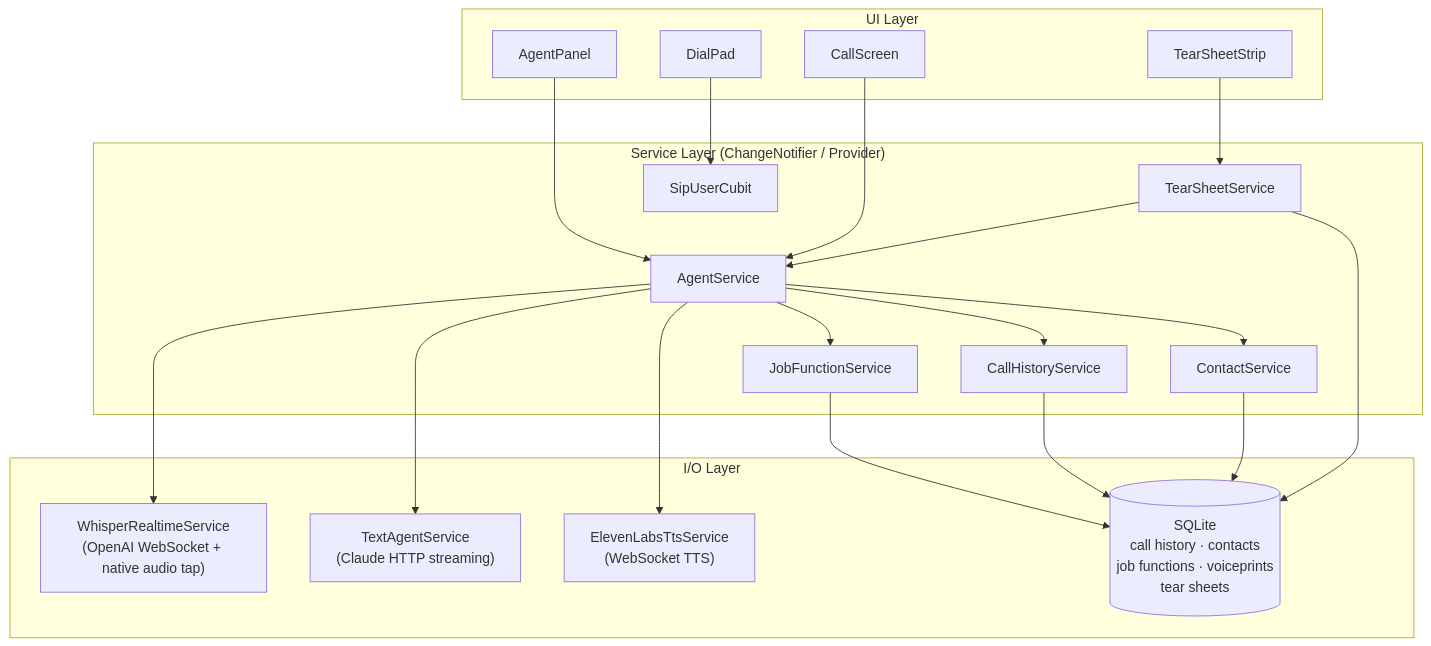
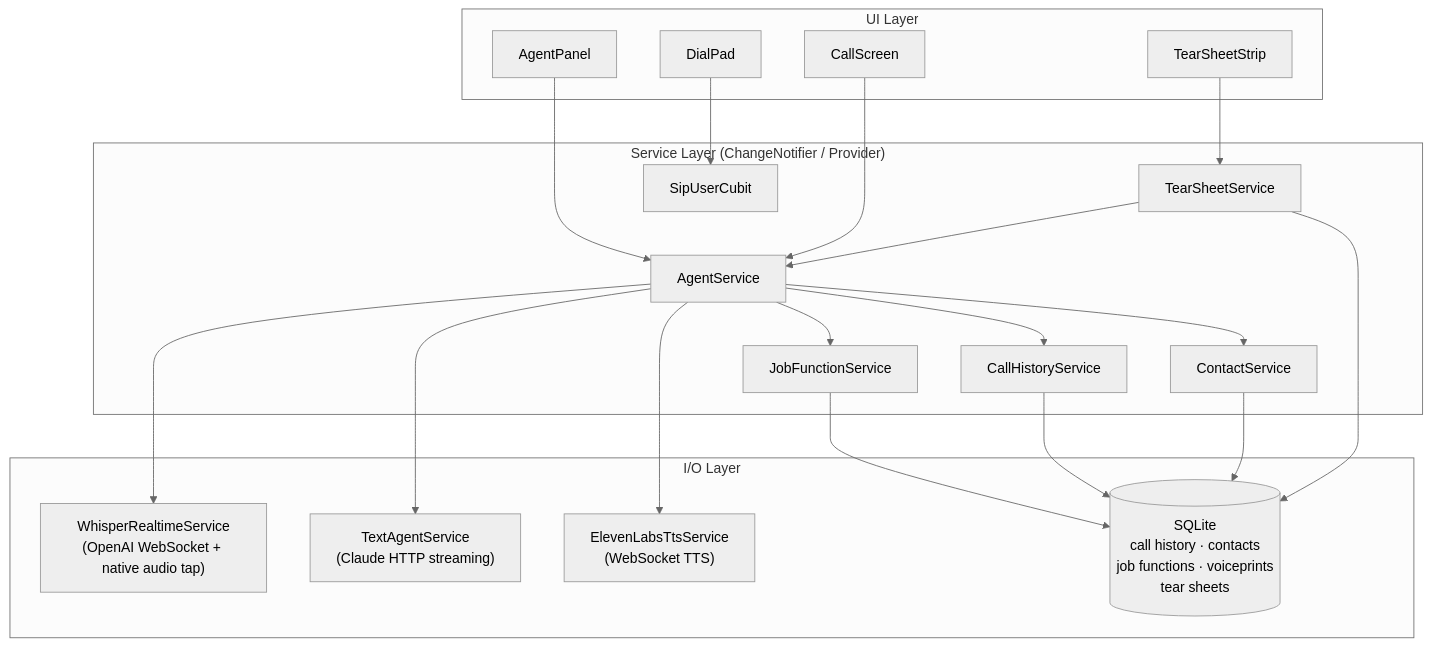
Before and after one commit to zeropointnine/phonegentic: the fourth of 5 diagrams in README.md, drawn with Mermaid. The commit also changed other lines of this file, not shown here.

````diff
--- a/README.md
+++ b/README.md
@@ -95,43 +98,44 @@
 ```mermaid
+%%{init: {'theme': 'neutral'}}%%
 flowchart TB
   subgraph UI["UI Layer"]
     DP["DialPad"]
     AP["AgentPanel"]
     CS["CallScreen"]
     TS["TearSheetStrip"]
   end
 
   subgraph Services["Service Layer (ChangeNotifier / Provider)"]
     AS["AgentService"]
     JFS["JobFunctionService"]
     CHS["CallHistoryService"]
     ConS["ContactService"]
     TSS["TearSheetService"]
     SIP["SipUserCubit"]
   end
 
   subgraph IO["I/O Layer"]
     WR["WhisperRealtimeService\n(OpenAI WebSocket + native audio tap)"]
     TAS["TextAgentService\n(Claude HTTP streaming)"]
     EL["ElevenLabsTtsService\n(WebSocket TTS)"]
     DB[(SQLite\ncall history · contacts\njob functions · voiceprints\ntear sheets)]
   end
 
   DP --> SIP
   AP --> AS
   CS --> AS
   TS --> TSS
 
   AS --> WR
   AS --> TAS
   AS --> EL
   AS --> JFS
   AS --> CHS
   AS --> ConS
   TSS --> AS
 
   JFS --> DB
   CHS --> DB
   ConS --> DB
   TSS --> DB
 ```
````
